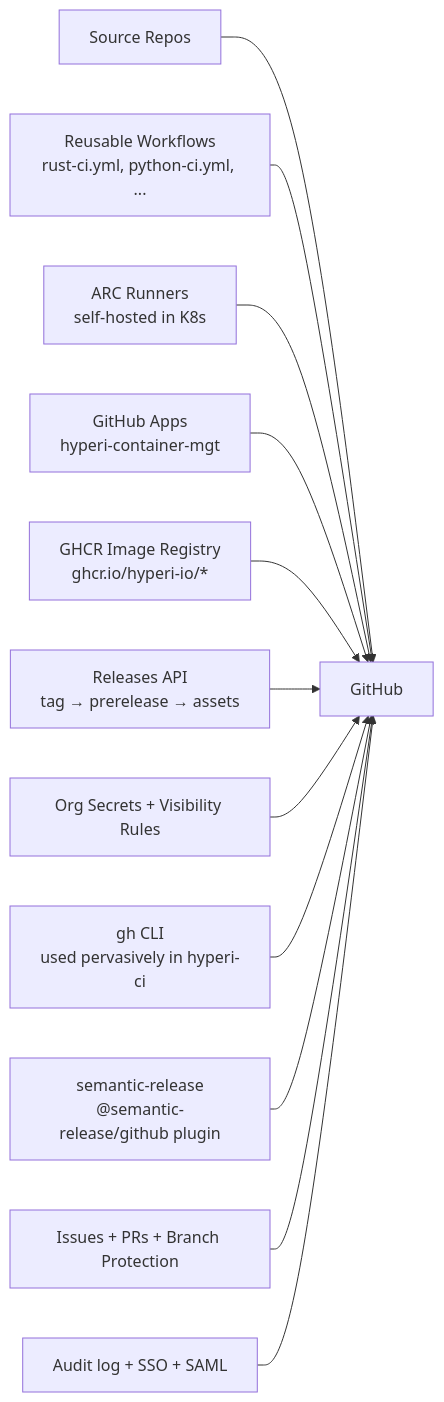
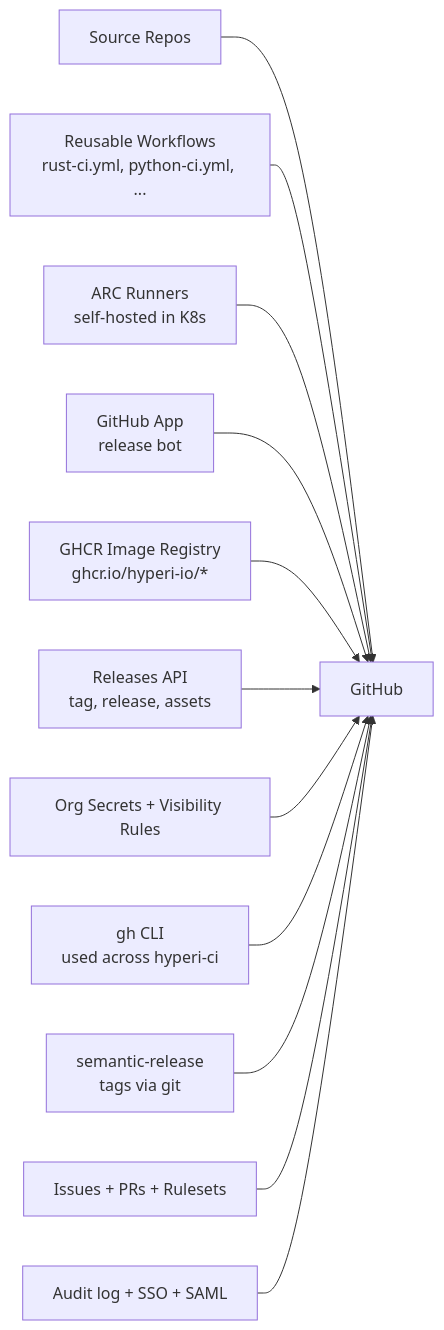
Before and after one commit to hyperi-io/hyperi-ci: the first of 3 diagrams in docs/migration/codeberg.md, drawn with Mermaid. The commit also changed other lines of this file, not shown here.

Commit message:
docs: trim codeberg.md and correct the GitHub App and gh usage

````diff
--- a/docs/migration/codeberg.md
+++ b/docs/migration/codeberg.md
@@ -32,14 +22,14 @@
 ```mermaid
 graph LR
     Source[Source Repos] --> GH[GitHub]
-    Actions[Reusable Workflows<br/>rust-ci.yml, python-ci.yml, ...] --> GH
-    ARC[ARC Runners<br/>self-hosted in K8s] --> GH
-    Apps[GitHub Apps<br/>hyperi-container-mgt] --> GH
-    GHCR[GHCR Image Registry<br/>ghcr.io/hyperi-io/*] --> GH
-    Releases[Releases API<br/>tag → prerelease → assets] --> GH
+    Actions["Reusable Workflows<br/>rust-ci.yml, python-ci.yml, ..."] --> GH
+    ARC["ARC Runners<br/>self-hosted in K8s"] --> GH
+    Apps["GitHub App<br/>release bot"] --> GH
+    GHCR["GHCR Image Registry<br/>ghcr.io/hyperi-io/*"] --> GH
+    Releases["Releases API<br/>tag, release, assets"] --> GH
     OrgSec[Org Secrets + Visibility Rules] --> GH
-    GhCli[gh CLI<br/>used pervasively in hyperi-ci] --> GH
-    Sem["semantic-release<br/>@semantic-release/github plugin"] --> GH
-    Issues[Issues + PRs + Branch Protection] --> GH
+    GhCli["gh CLI<br/>used across hyperi-ci"] --> GH
+    Sem["semantic-release<br/>tags via git"] --> GH
+    Issues[Issues + PRs + Rulesets] --> GH
     Audit[Audit log + SSO + SAML] --> GH
 ```
````
